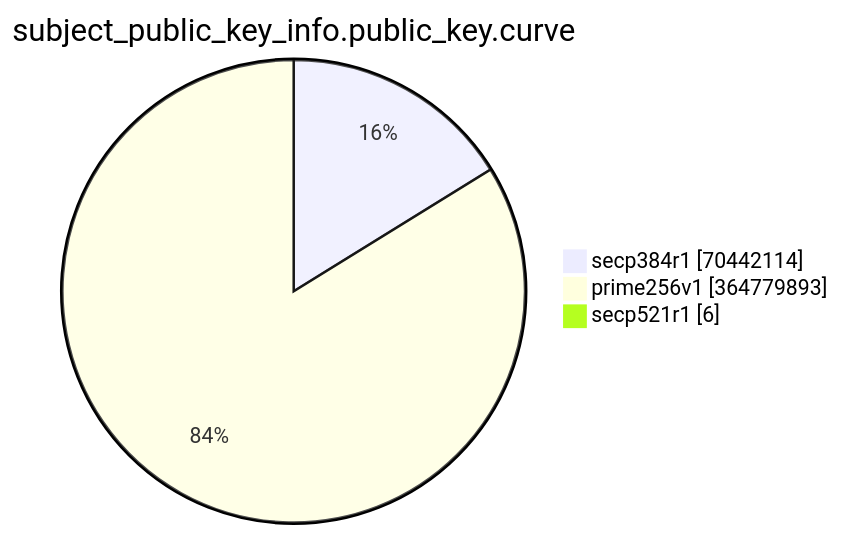
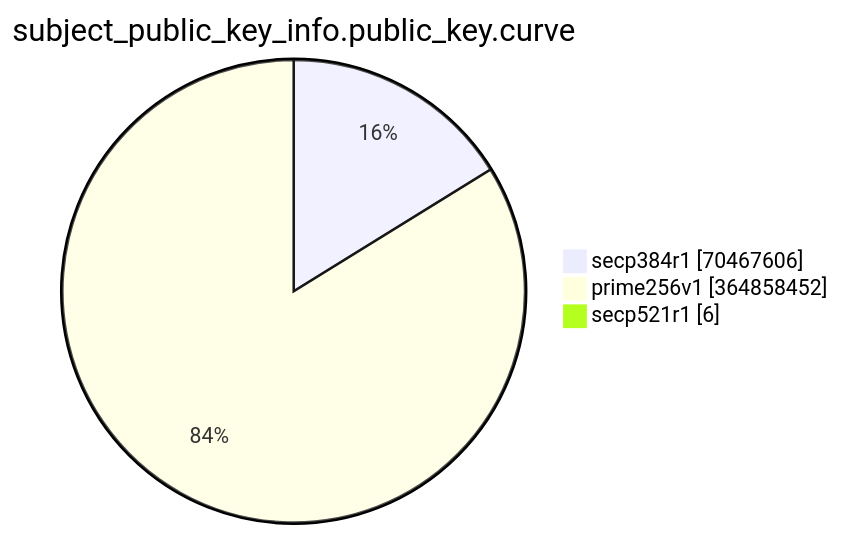
Before and after one commit to christiankrug/ctmonitor_visualization: the eighth of 15 diagrams in TOTAL/README.md, drawn with Mermaid. The commit also changed other lines of this file, not shown here.

````diff
--- a/TOTAL/README.md
+++ b/TOTAL/README.md
@@ -3092,7 +3092,7 @@
 ```mermaid
 pie showData
 title subject_public_key_info.public_key.curve
-"secp384r1" :70442114
-"prime256v1" :364779893
+"secp384r1" :70467606
+"prime256v1" :364858452
 "secp521r1" :6
 ```
````
